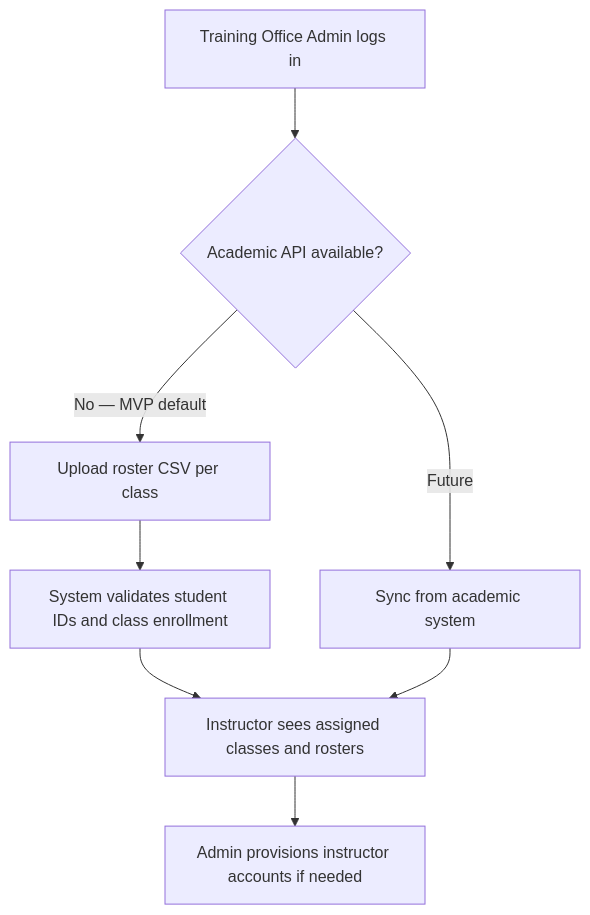
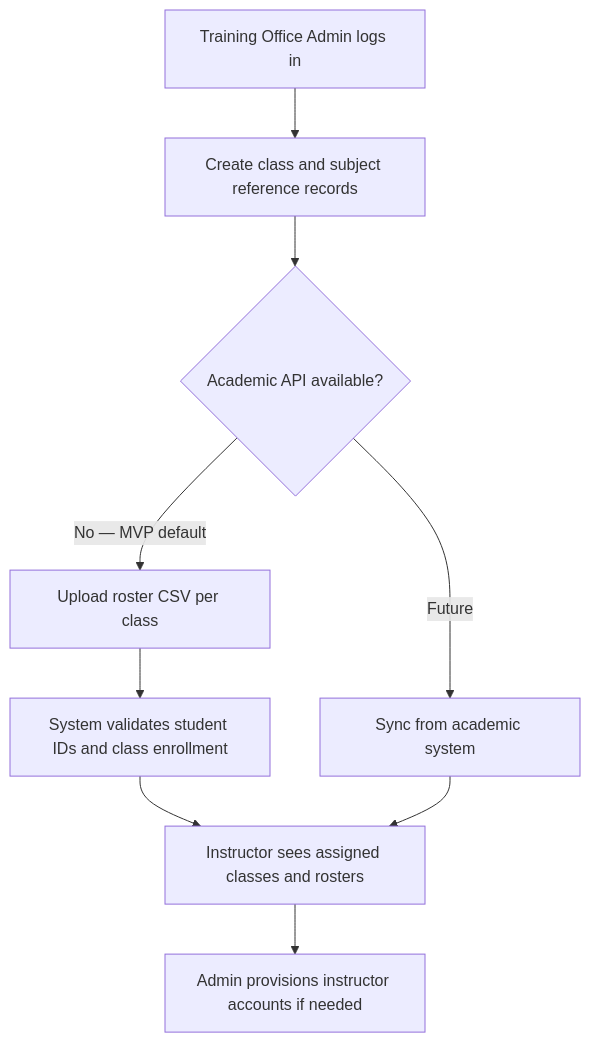
One commit to trannamtrung1st/ai-engineering-learning changed the second of 5 diagrams in projects/ai-harnessed_we-check-app/docs/brds/02-business-workflow.md. Above: the diagram before and after it, drawn with Mermaid. The commit also changed other lines of this file and 44 other files, not shown here.

````diff
--- a/projects/ai-harnessed_we-check-app/docs/brds/02-business-workflow.md
+++ b/projects/ai-harnessed_we-check-app/docs/brds/02-business-workflow.md
@@ -43,10 +62,11 @@
 ```mermaid
 flowchart TD
-    A[Training Office Admin logs in] --> B{Academic API available?}
+    A[Training Office Admin logs in] --> A0[Create class and subject reference records]
+    A0 --> B{Academic API available?}
     B -->|No — MVP default| C[Upload roster CSV per class]
     B -->|Future| D[Sync from academic system]
     C --> E[System validates student IDs and class enrollment]
     E --> F[Instructor sees assigned classes and rosters]
     D --> F
     F --> G[Admin provisions instructor accounts if needed]
 ```
````
